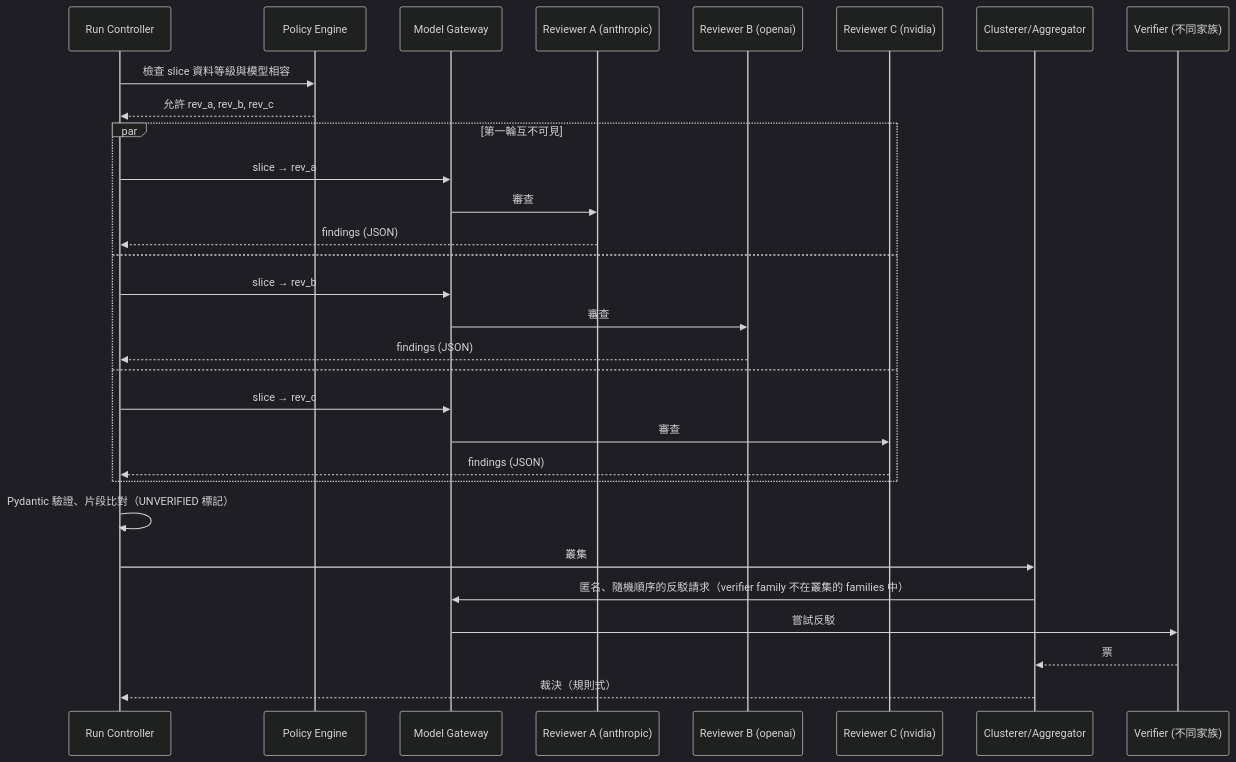
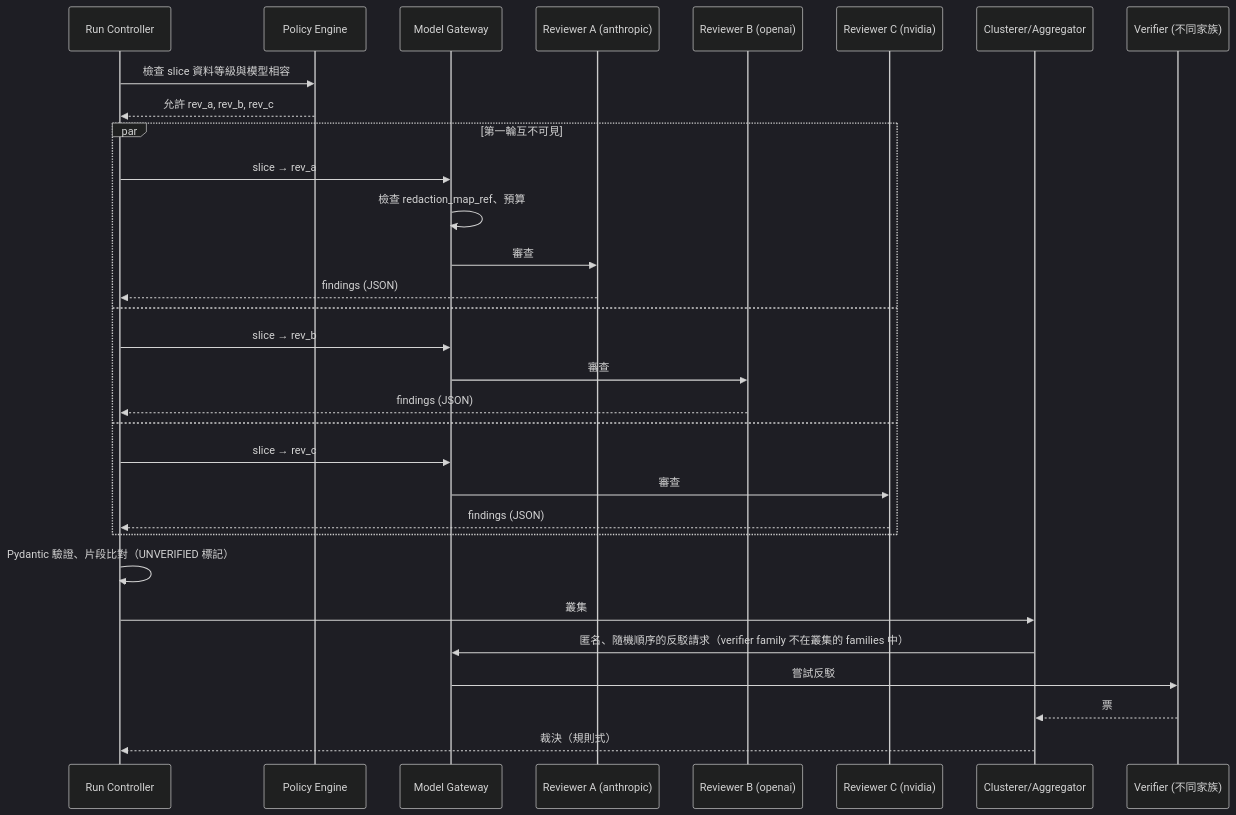
The ninth of 10 diagrams in docs/03-system-architecture.md (chinchiang/VibeCheckHarness), drawn with Mermaid (dark theme) before and after one commit. The commit also changed other lines of this file and 132 other files, not shown here.

````diff
--- a/docs/03-system-architecture.md
+++ b/docs/03-system-architecture.md
@@ -500,32 +1079,33 @@
 ```mermaid
 sequenceDiagram
   participant RC as Run Controller
   participant PE as Policy Engine
   participant GW as Model Gateway
   participant RA as Reviewer A (anthropic)
   participant RB as Reviewer B (openai)
   participant RN as Reviewer C (nvidia)
   participant AGG as Clusterer/Aggregator
   participant VF as Verifier (不同家族)
   RC->>PE: 檢查 slice 資料等級與模型相容
   PE-->>RC: 允許 rev_a, rev_b, rev_c
   par 第一輪互不可見
     RC->>GW: slice → rev_a
+    GW->>GW: 檢查 redaction_map_ref、預算
     GW->>RA: 審查
     RA-->>RC: findings (JSON)
   and
     RC->>GW: slice → rev_b
     GW->>RB: 審查
     RB-->>RC: findings (JSON)
   and
     RC->>GW: slice → rev_c
     GW->>RN: 審查
     RN-->>RC: findings (JSON)
   end
   RC->>RC: Pydantic 驗證、片段比對（UNVERIFIED 標記）
   RC->>AGG: 叢集
   AGG->>GW: 匿名、隨機順序的反駁請求（verifier family 不在叢集的 families 中）
   GW->>VF: 嘗試反駁
   VF-->>AGG: 票
   AGG-->>RC: 裁決（規則式）
 ```
````
